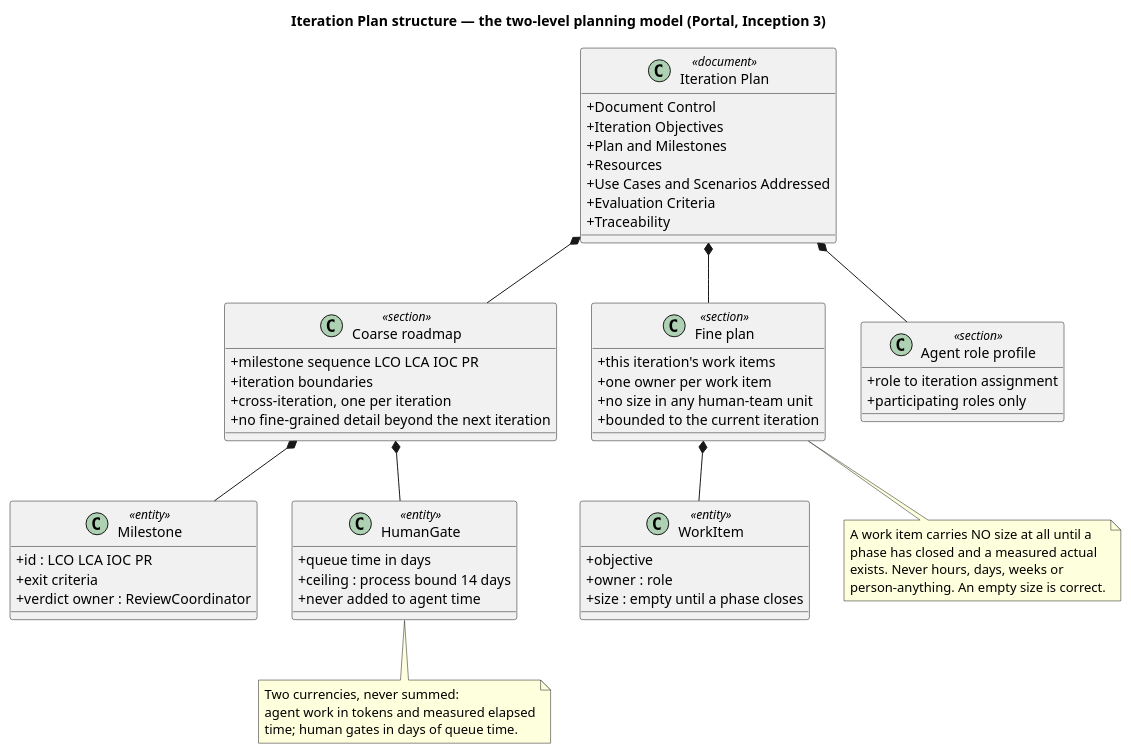
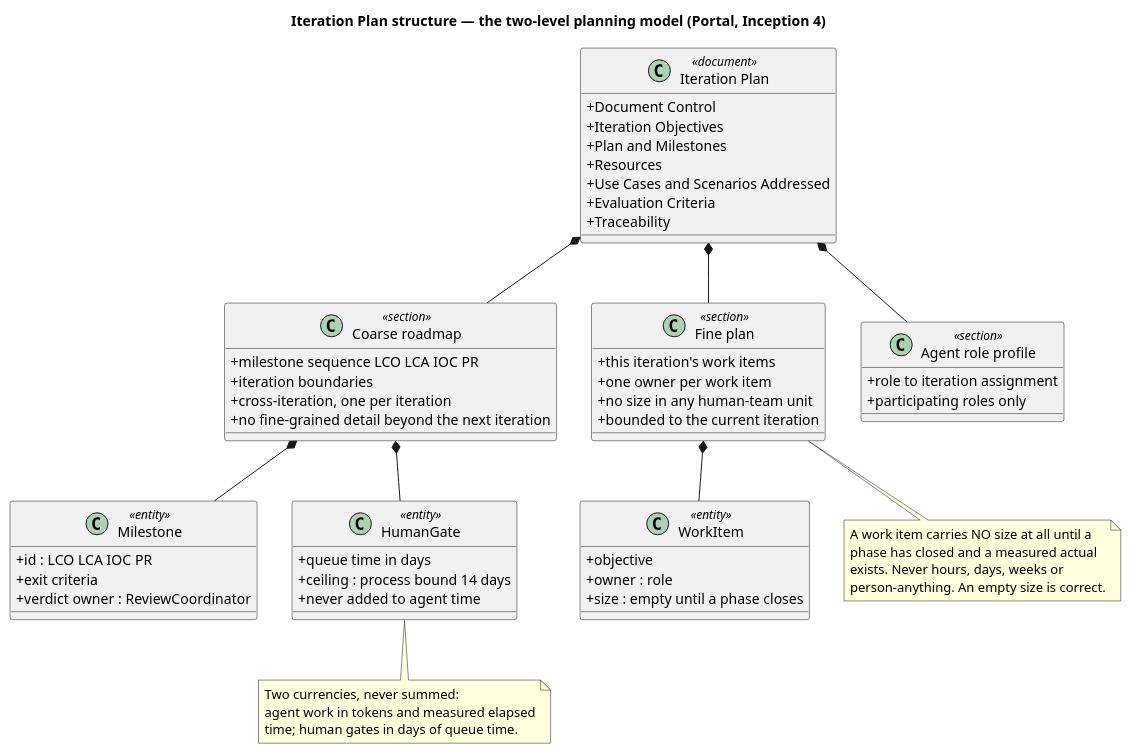
One commit to banense-test/portal changed the first of 4 diagrams in docs/artifacts/project-management/iteration-plan.md. Above: the diagram before and after it, drawn with PlantUML. The commit also changed other lines of this file, not shown here.

First line of the commit message:
Project Manager [I3]: upsert Iteration Plan

````diff
--- a/docs/artifacts/project-management/iteration-plan.md
+++ b/docs/artifacts/project-management/iteration-plan.md
@@ -11,74 +12,74 @@
 ```plantuml
 @startuml
-title Iteration Plan structure — the two-level planning model (Portal, Inception 3)
+title Iteration Plan structure — the two-level planning model (Portal, Inception 4)
 
 skinparam classAttributeIconSize 0
 
 class "Iteration Plan" as IP <<document>> {
   + Document Control
   + Iteration Objectives
   + Plan and Milestones
   + Resources
   + Use Cases and Scenarios Addressed
   + Evaluation Criteria
   + Traceability
 }
 
 class "Coarse roadmap" as COARSE <<section>> {
   + milestone sequence LCO LCA IOC PR
   + iteration boundaries
   + cross-iteration, one per iteration
   + no fine-grained detail beyond the next iteration
 }
 
 class "Fine plan" as FINE <<section>> {
   + this iteration's work items
   + one owner per work item
   + no size in any human-team unit
   + bounded to the current iteration
 }
 
 class "Agent role profile" as ROLES <<section>> {
   + role to iteration assignment
   + participating roles only
 }
 
 class "Milestone" as MS <<entity>> {
   + id : LCO LCA IOC PR
   + exit criteria
   + verdict owner : ReviewCoordinator
 }
 
 class "WorkItem" as WI <<entity>> {
   + objective
   + owner : role
   + size : empty until a phase closes
 }
 
 class "HumanGate" as GATE <<entity>> {
   + queue time in days
   + ceiling : process bound 14 days
   + never added to agent time
 }
 
 IP *-- COARSE
 IP *-- FINE
 IP *-- ROLES
 COARSE *-- MS
 FINE *-- WI
 COARSE *-- GATE
 
 note bottom of FINE
   A work item carries NO size at all until a
   phase has closed and a measured actual
   exists. Never hours, days, weeks or
   person-anything. An empty size is correct.
 end note
 
 note bottom of GATE
   Two currencies, never summed:
   agent work in tokens and measured elapsed
   time; human gates in days of queue time.
 end note
 @enduml
 ```
````
